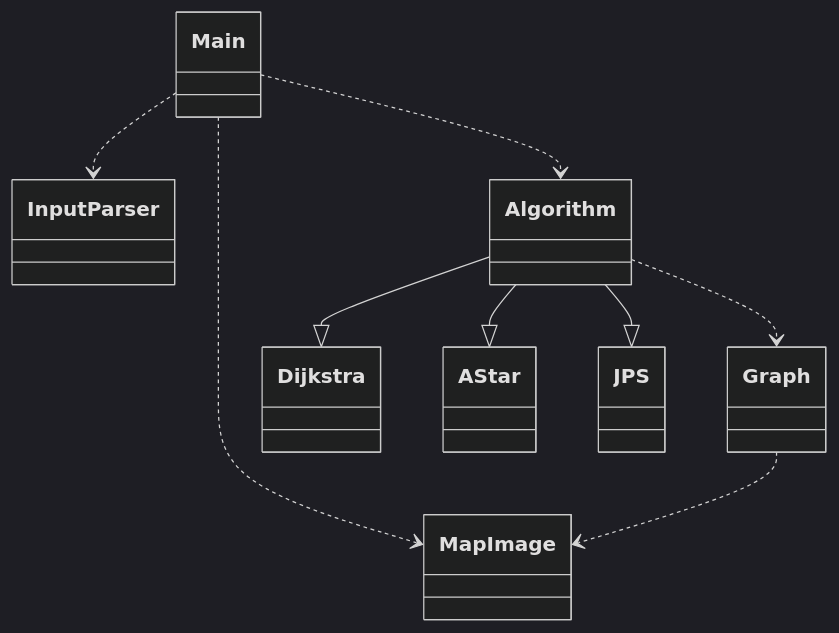
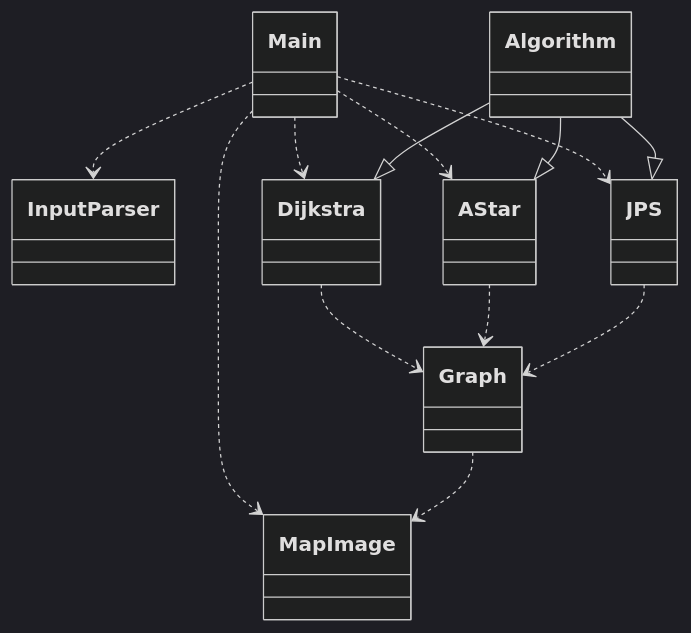
The diagram in documentation/implementation.md (antonlep/shortest-path), drawn with Mermaid (dark theme) before and after one commit.

````diff
--- a/documentation/implementation.md
+++ b/documentation/implementation.md
@@ -3,27 +3,31 @@
 ```mermaid
  classDiagram
       Main ..> InputParser
-      Main ..> Algorithm
+      Main ..> Dijkstra
+      Main ..> AStar
+      Main ..> JPS
       Main ..> MapImage
-      Algorithm ..> Graph
+      Dijkstra ..> Graph
+      AStar ..> Graph
+      JPS ..> Graph
       Graph ..> MapImage
       Algorithm --|> Dijkstra
       Algorithm --|> AStar
       Algorithm --|> JPS
       class Main{
       }
       class InputParser{
       }
       class Algorithm{
       }
       class MapImage{
       }
       class Graph{
       }
       class Dijkstra{
       }
       class AStar{
       }
       class JPS{
       }
 ```
````
